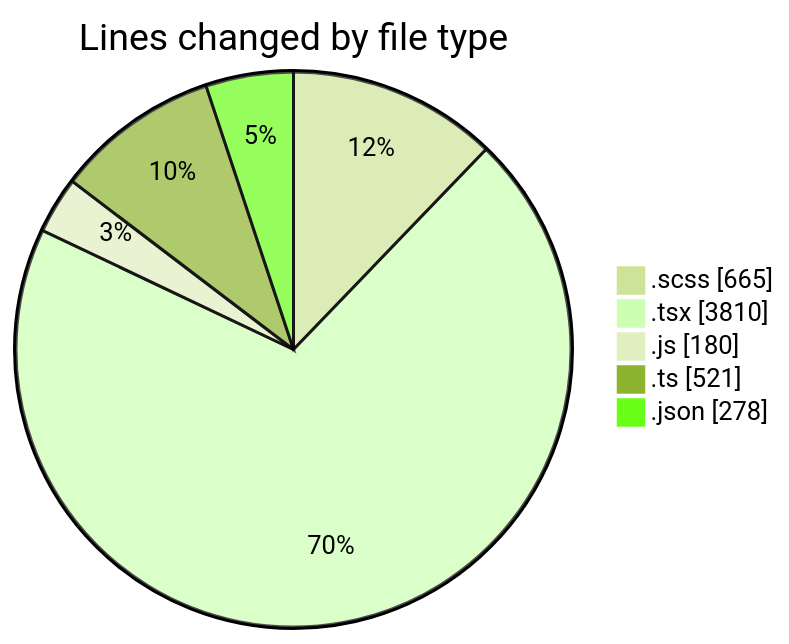
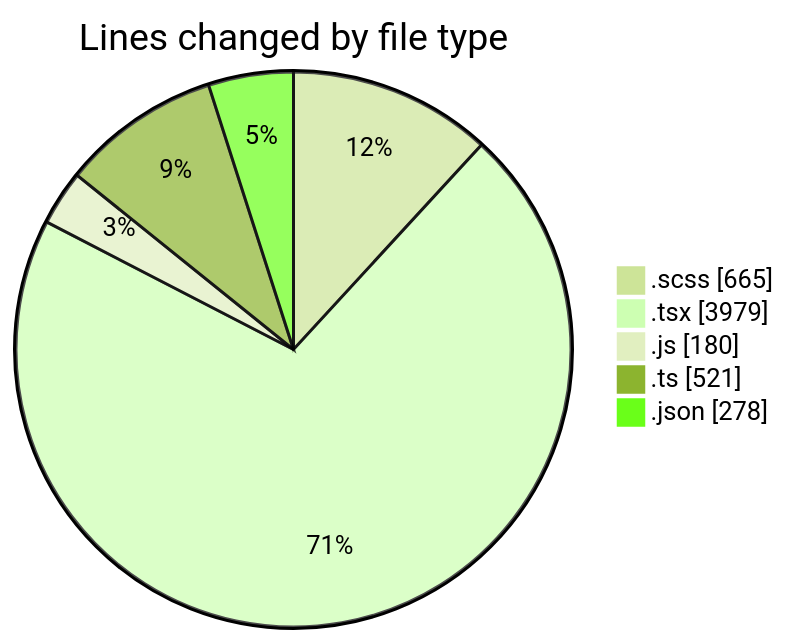
Before and after one commit to momahboobian/code-tracking: the first of 2 diagrams in 2026-08-10/cda/README.md, drawn with Mermaid (forest theme). The commit also changed other lines of this file and 1 other file, not shown here.

````diff
--- a/2026-08-10/cda/README.md
+++ b/2026-08-10/cda/README.md
@@ -32,9 +32,9 @@
 ```mermaid
 pie showData
 title Lines changed by file type
 ".scss" : 665
-".tsx" : 3810
+".tsx" : 3979
 ".js" : 180
 ".ts" : 521
 ".json" : 278
 ```
````
